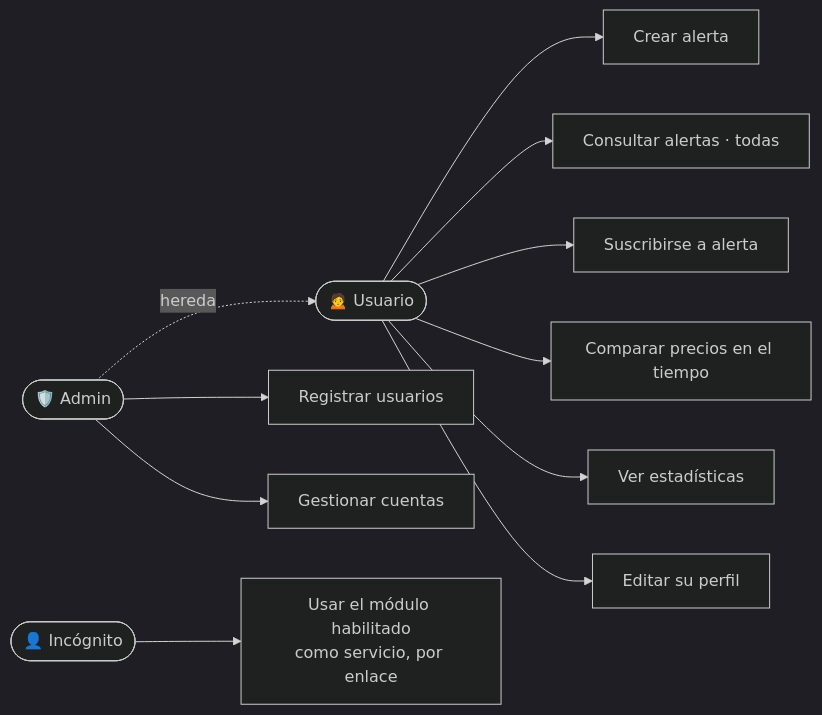
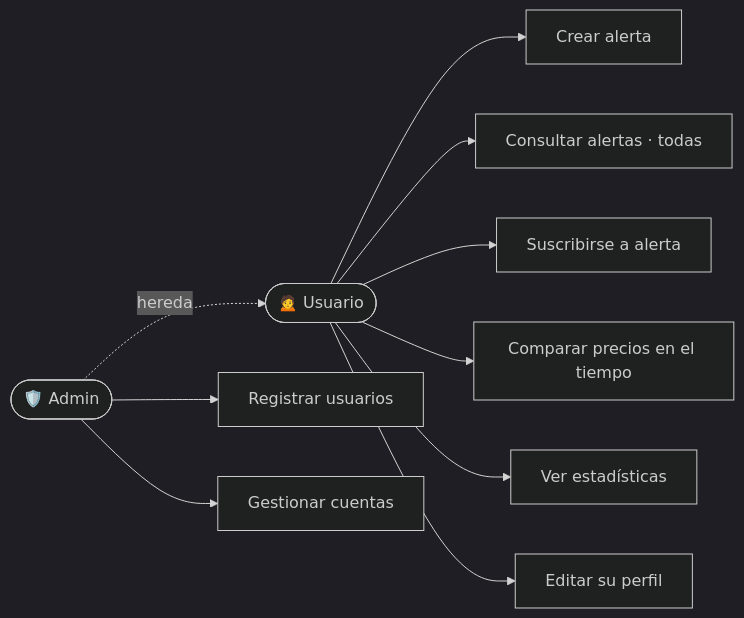
One commit to vida-I-found-it/architecture changed the fifth of 5 diagrams in docs/01-vision-objetivos.md. Above: the diagram before and after it, drawn with Mermaid (dark theme). The commit also changed other lines of this file and 20 other files, not shown here.

````diff
--- a/docs/01-vision-objetivos.md
+++ b/docs/01-vision-objetivos.md
@@ -194,20 +208,17 @@
 ```mermaid
 graph LR
     ADM([🛡️ Admin])
     USR([🙍 Usuario])
-    INC([👤 Incógnito])
 
     ADM --> A1[Registrar usuarios]
     ADM --> A2[Gestionar cuentas]
 
     USR --> U1[Crear alerta]
     USR --> U2[Consultar alertas · todas]
     USR --> U3[Suscribirse a alerta]
     USR --> U4[Comparar precios en el tiempo]
     USR --> U5[Ver estadísticas]
     USR --> U6[Editar su perfil]
 
-    INC --> I1[Usar el módulo habilitado<br/>como servicio, por enlace]
-
     ADM -.hereda.-> USR
 ```
````
